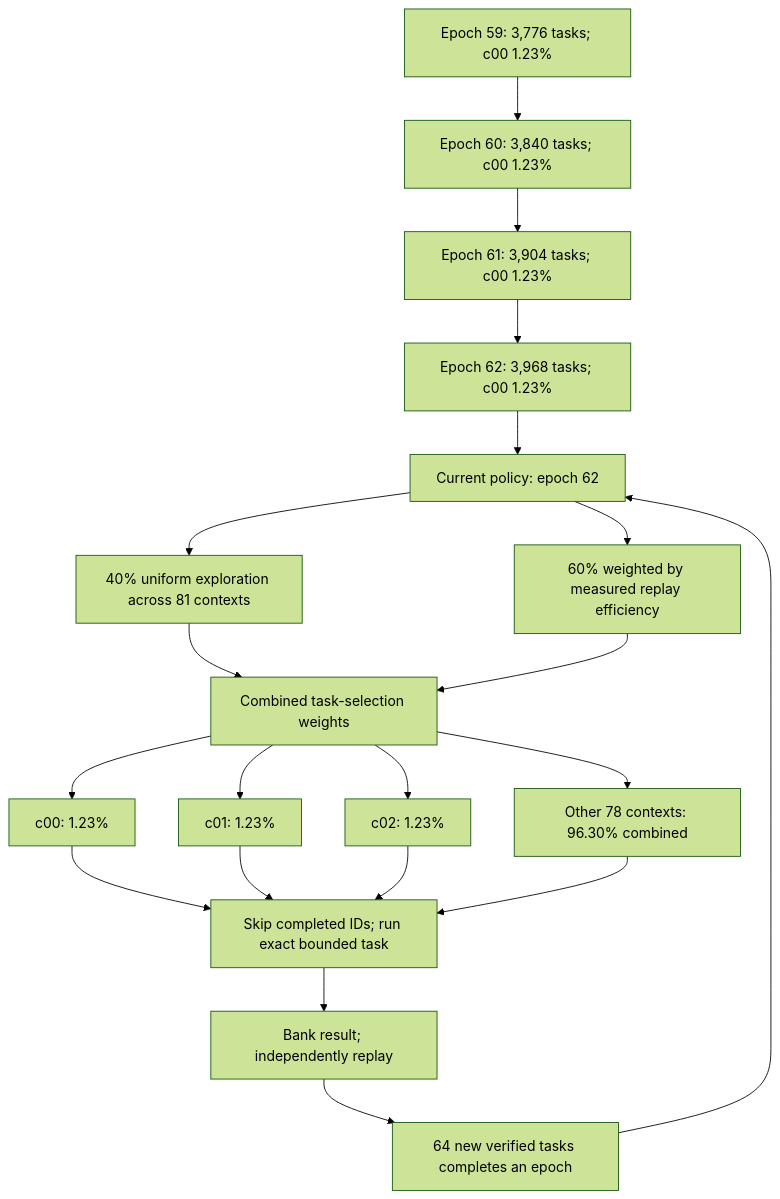
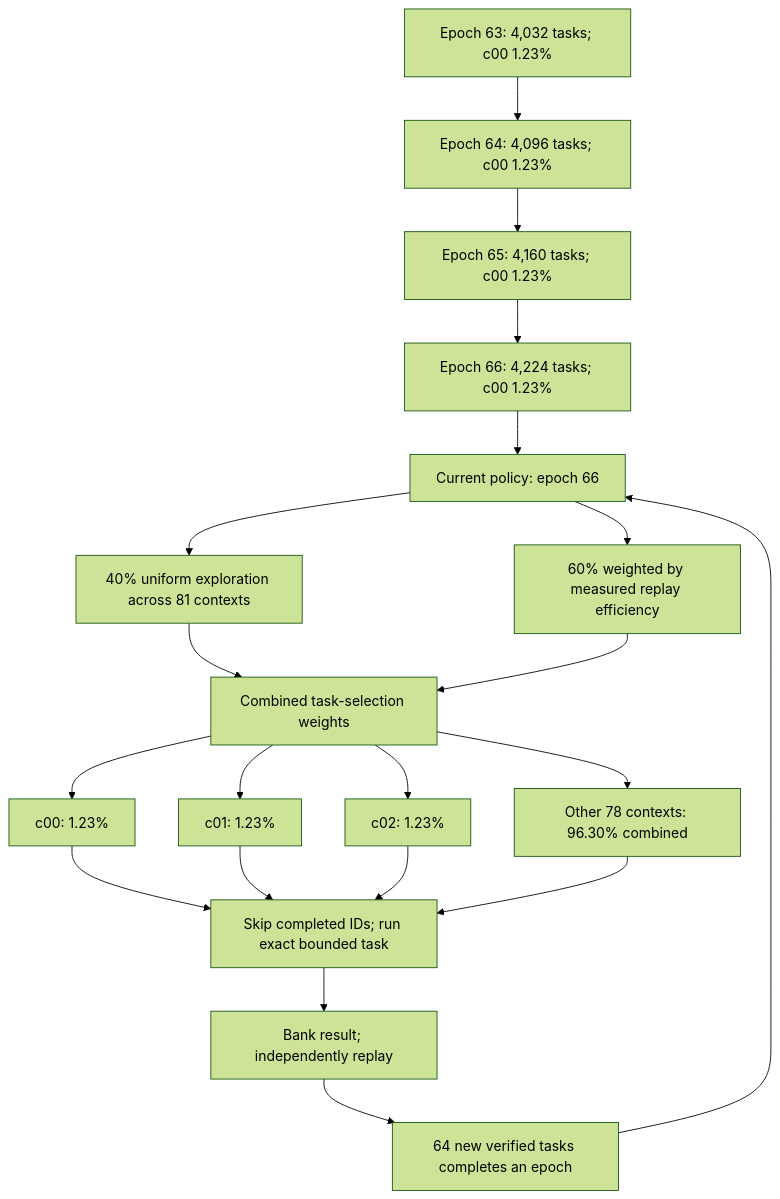
Before and after one commit to Kuberwastaken/math-gambling: the diagram in README.md, drawn with Mermaid (forest theme). The commit also changed other lines of this file and 596 other files, not shown here.

````diff
--- a/README.md
+++ b/README.md
@@ -48,27 +48,27 @@
 ```mermaid
 flowchart TD
-    H0["Epoch 59: 3,776 tasks; c00 1.23%"]
-    H1["Epoch 60: 3,840 tasks; c00 1.23%"]
+    H0["Epoch 63: 4,032 tasks; c00 1.23%"]
+    H1["Epoch 64: 4,096 tasks; c00 1.23%"]
     H0 --> H1
-    H2["Epoch 61: 3,904 tasks; c00 1.23%"]
+    H2["Epoch 65: 4,160 tasks; c00 1.23%"]
     H1 --> H2
-    H3["Epoch 62: 3,968 tasks; c00 1.23%"]
+    H3["Epoch 66: 4,224 tasks; c00 1.23%"]
     H2 --> H3
-    Policy["Current policy: epoch 62"]
+    Policy["Current policy: epoch 66"]
     H3 --> Policy
     Policy --> Explore["40% uniform exploration across 81 contexts"]
     Policy --> Cost["60% weighted by measured replay efficiency"]
     Explore --> Mix["Combined task-selection weights"]
     Cost --> Mix
     Mix --> C0["c00: 1.23%"]
     Mix --> C1["c01: 1.23%"]
     Mix --> C2["c02: 1.23%"]
     Mix --> Rest["Other 78 contexts: 96.30% combined"]
     C0 --> Check["Skip completed IDs; run exact bounded task"]
     C1 --> Check
     C2 --> Check
     Rest --> Check
     Check --> Replay["Bank result; independently replay"]
     Replay --> Gate["64 new verified tasks completes an epoch"]
     Gate --> Policy
 ```
````
